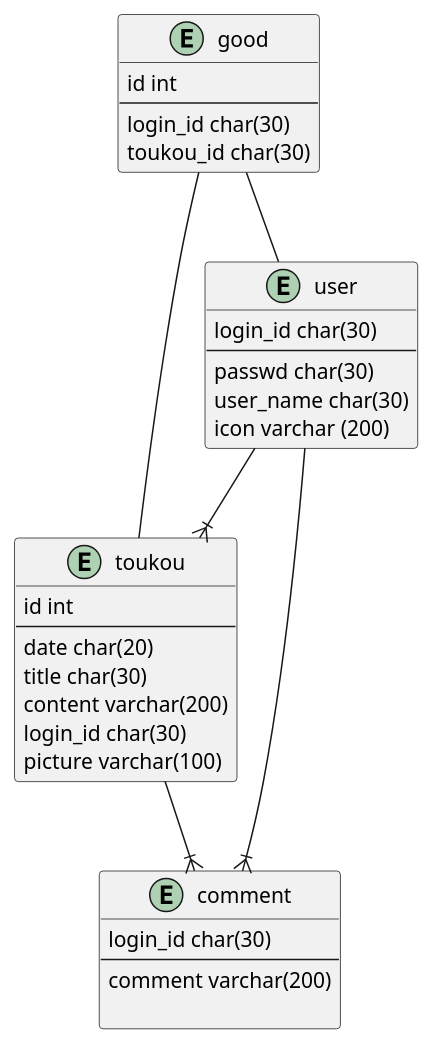
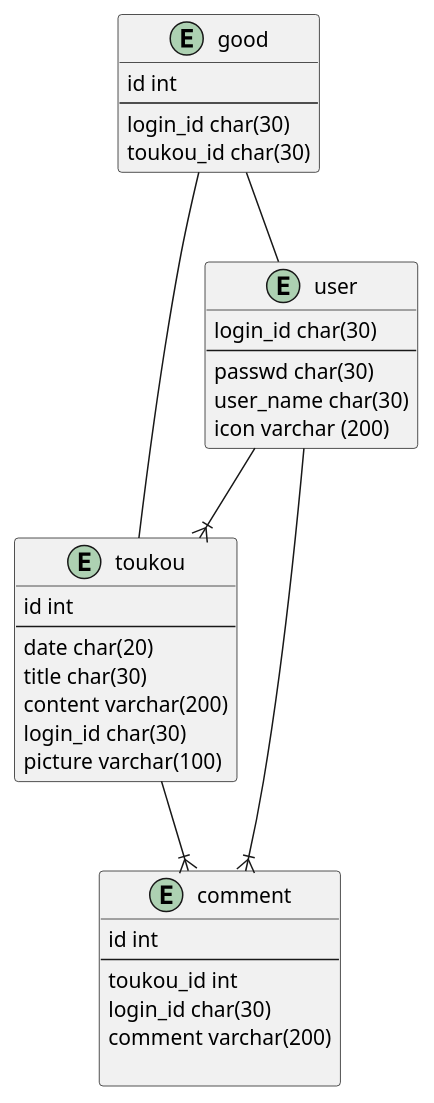
Before and after one commit to Aoi0718/keijiban: the diagram in er.pu, drawn with PlantUML. The commit also changed 2 other files, not shown here.

```diff
--- a/er.pu
+++ b/er.pu
@@ -1,39 +1,41 @@
 @startuml er
 
 entity "toukou"{
     id int
     --
     date char(20)
     title char(30)
     content varchar(200)
     login_id char(30)
     picture varchar(100)
 }
 
 entity "user"{
     login_id char(30)
     --
     passwd char(30)
     user_name char(30)
     icon varchar (200)
 }
 
 entity "good"{
     id int
     --
     login_id char(30)
     toukou_id char(30)
 }
 
 entity "comment"{
+    id int
+    --
+    toukou_id int
     login_id char(30)
-    --
     comment varchar(200)
 
 }
 user --|{ toukou
 good -- user
 good -- toukou
 user --|{ comment
 toukou --|{ comment
 @enduml
```
